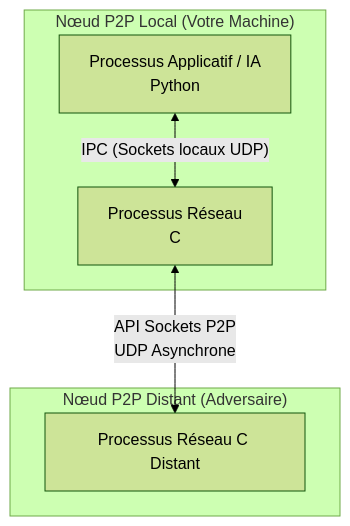
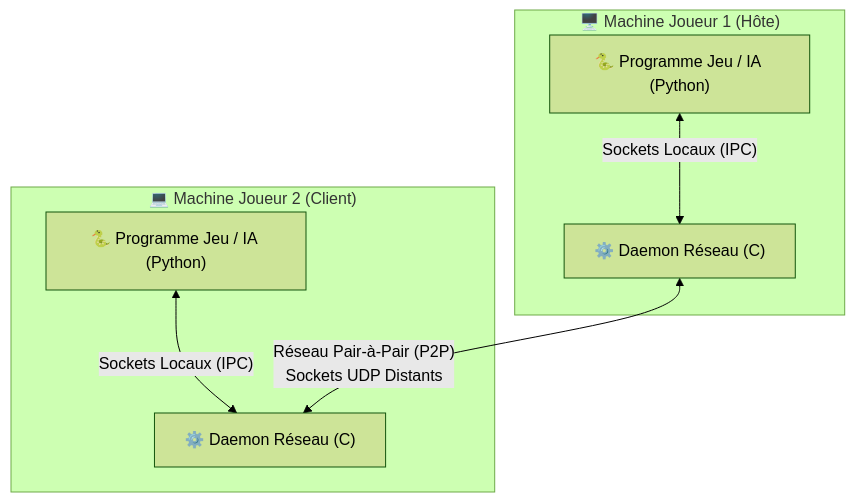
Before and after one commit to YOUSSEF4315/STI3A-Projet_reseaux_1: the first of 2 diagrams in README.md, drawn with Mermaid (forest theme). The commit also changed other lines of this file, not shown here.

Commit message:
docs: Update Architecture Globale with Joueur 1 vs Joueur 2 topology schema

````diff
--- a/README.md
+++ b/README.md
@@ -11,15 +16,18 @@
 ```mermaid
 graph TD
-    subgraph Distant ["Nœud P2P Distant (Adversaire)"]
-        DaemonDist["Processus Réseau C Distant"]
+    subgraph J1 ["🖥️ Machine Joueur 1 (Hôte)"]
+        Py1["🐍 Programme Jeu / IA (Python)"]
+        C1["⚙️ Daemon Réseau (C)"]
+        
+        Py1 <-->|"Sockets Locaux (IPC)"| C1
     end
 
-    subgraph Local ["Nœud P2P Local (Votre Machine)"]
-        ProcPy["Processus Applicatif / IA <br/> Python"]
-        ProcC["Processus Réseau <br/> C"]
+    subgraph J2 ["💻 Machine Joueur 2 (Client)"]
+        Py2["🐍 Programme Jeu / IA (Python)"]
+        C2["⚙️ Daemon Réseau (C)"]
         
-        ProcPy <-->|"IPC (Sockets locaux UDP)"| ProcC
+        Py2 <-->|"Sockets Locaux (IPC)"| C2
     end
 
-    ProcC <-->|"API Sockets P2P <br/> UDP Asynchrone"| DaemonDist
+    C1 <-->|"Réseau Pair-à-Pair (P2P)<br>Sockets UDP Distants"| C2
 ```
````
